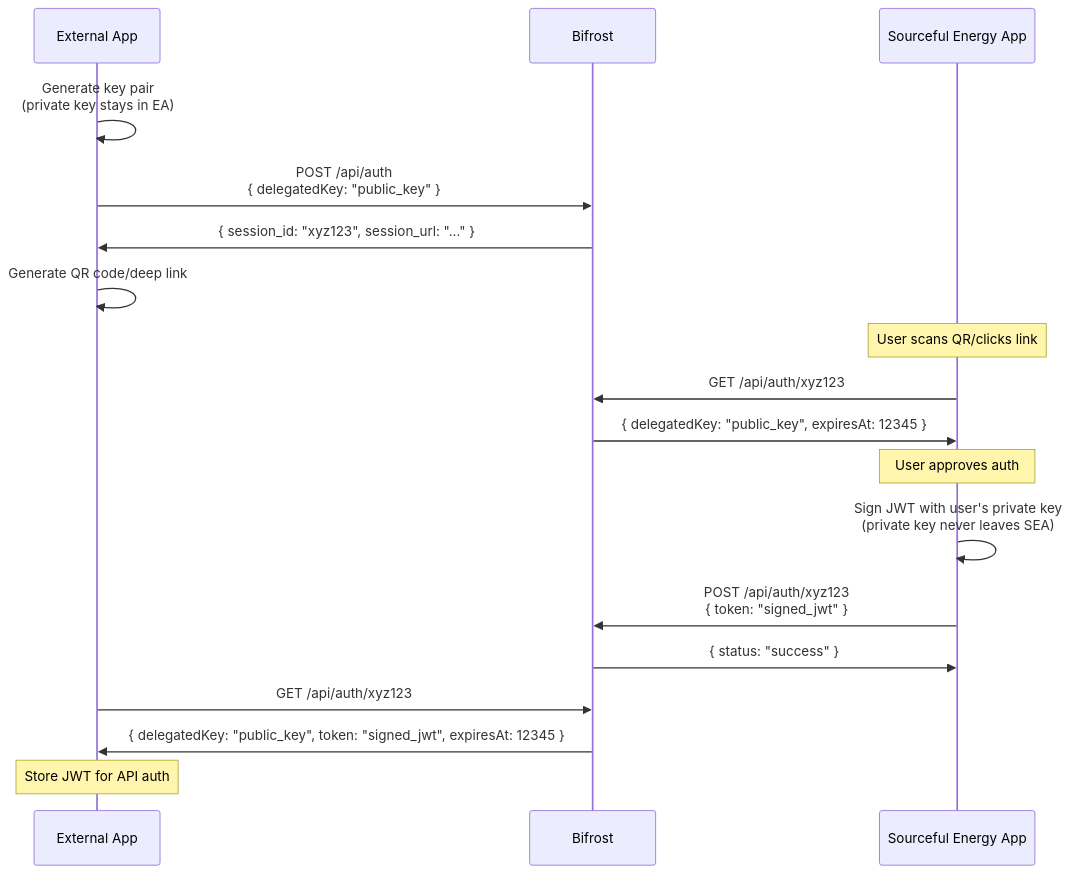
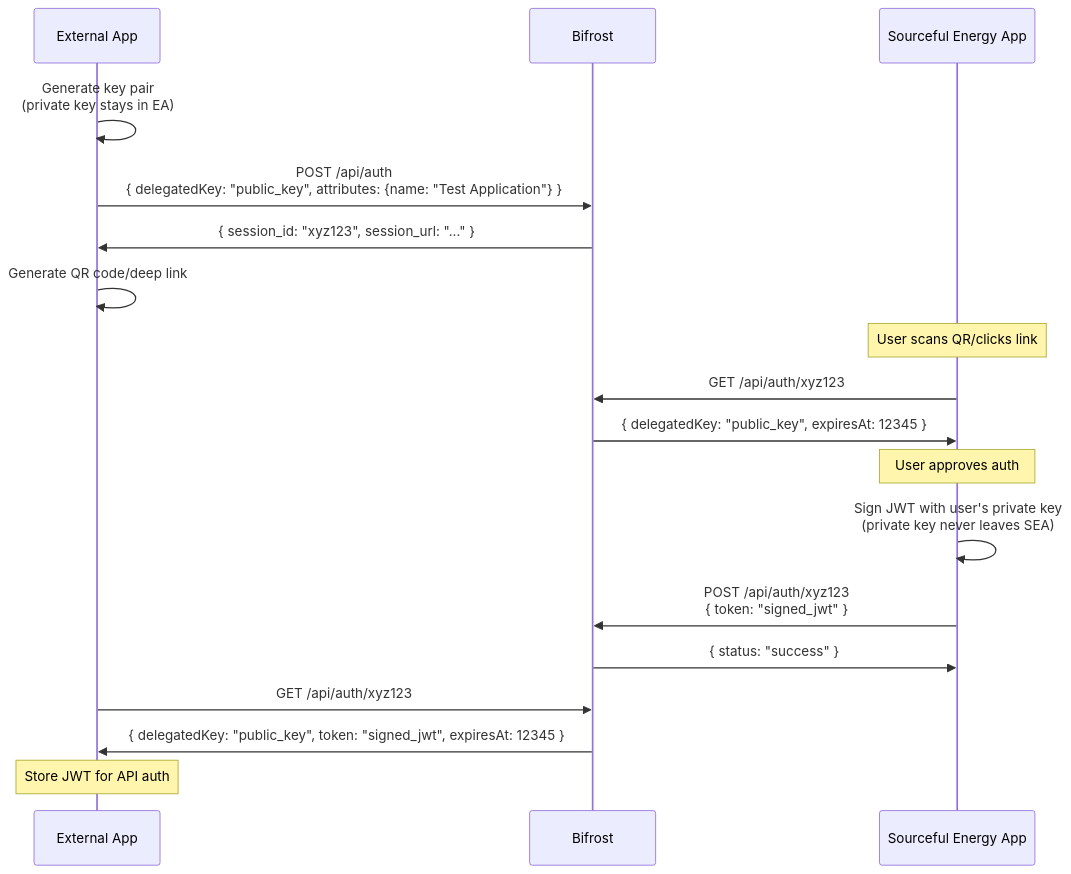
Before and after one commit to srcfl/srcful-documentation: the fourth of 4 diagrams in docs/developer/auth.md, drawn with Mermaid. The commit also changed other lines of this file, not shown here.

Commit message:
Update auth.md with session and token attributes

````diff
--- a/docs/developer/auth.md
+++ b/docs/developer/auth.md
@@ -183,26 +190,26 @@
 ```mermaid
 sequenceDiagram
     participant EA as External App
     participant BF as Bifrost
     participant SEA as Sourceful Energy App
     
     EA->>EA: Generate key pair<br/>(private key stays in EA)
-    EA->>BF: POST /api/auth<br/>{ delegatedKey: "public_key" }
+    EA->>BF: POST /api/auth<br/>{ delegatedKey: "public_key", attributes: {name: "Test Application"} }
     BF->>EA: { session_id: "xyz123", session_url: "..." }
     
     EA->>EA: Generate QR code/deep link
     
     Note over SEA: User scans QR/clicks link
     SEA->>BF: GET /api/auth/xyz123
     BF->>SEA: { delegatedKey: "public_key", expiresAt: 12345 }
     
     Note over SEA: User approves auth
     SEA->>SEA: Sign JWT with user's private key<br/>(private key never leaves SEA)
     SEA->>BF: POST /api/auth/xyz123<br/>{ token: "signed_jwt" }
     BF->>SEA: { status: "success" }
     
     EA->>BF: GET /api/auth/xyz123
     BF->>EA: { delegatedKey: "public_key", token: "signed_jwt", expiresAt: 12345 }
     
     Note over EA: Store JWT for API auth
 ```
````
